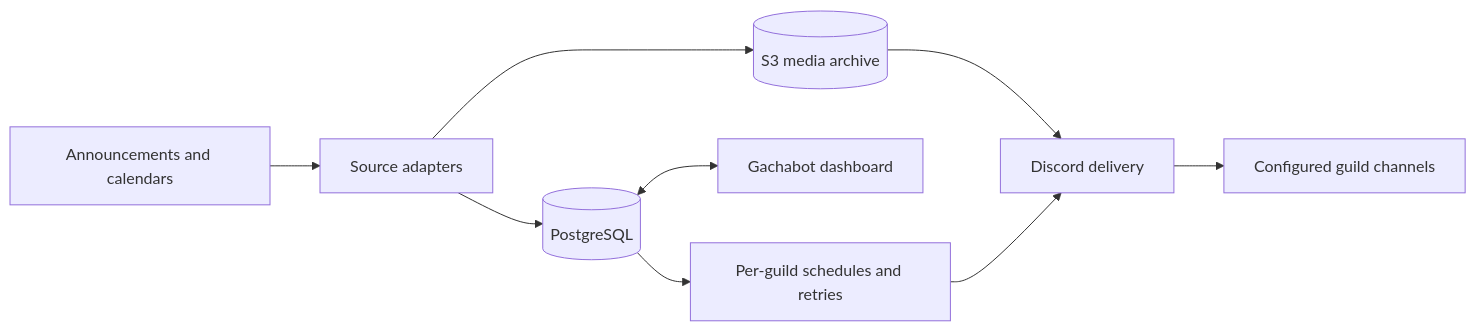
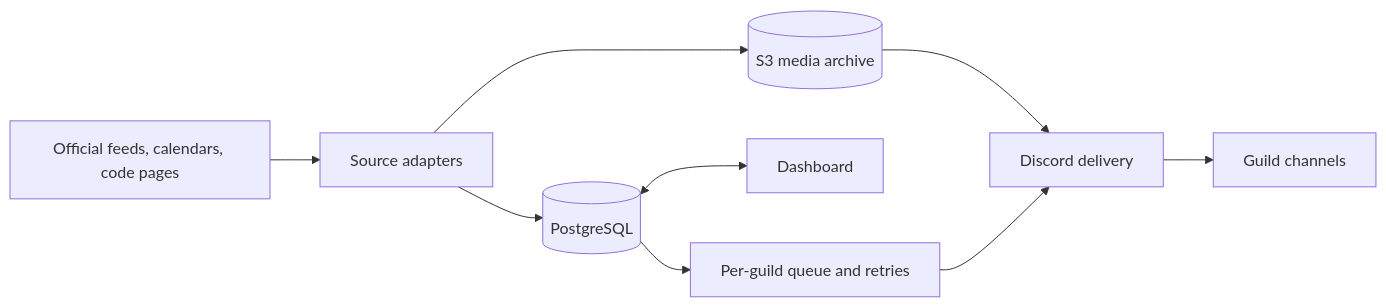
The diagram in README.md (ShiroTsuma/Gachabot), drawn with Mermaid before and after one commit. The commit also changed other lines of this file and 21 other files, not shown here.

````diff
--- a/README.md
+++ b/README.md
@@ -95,11 +120,11 @@
 ```mermaid
 flowchart LR
-    Sources[Announcements and calendars] --> Import[Source adapters]
+    Sources[Official feeds, calendars, code pages] --> Import[Source adapters]
     Import --> Store[(PostgreSQL)]
     Import --> Media[(S3 media archive)]
-    Store <--> Dashboard[Gachabot dashboard]
-    Store --> Queue[Per-guild schedules and retries]
+    Store <--> Dashboard[Dashboard]
+    Store --> Queue[Per-guild queue and retries]
     Media --> Delivery[Discord delivery]
     Queue --> Delivery
-    Delivery --> Guilds[Configured guild channels]
+    Delivery --> Guilds[Guild channels]
 ```
````
